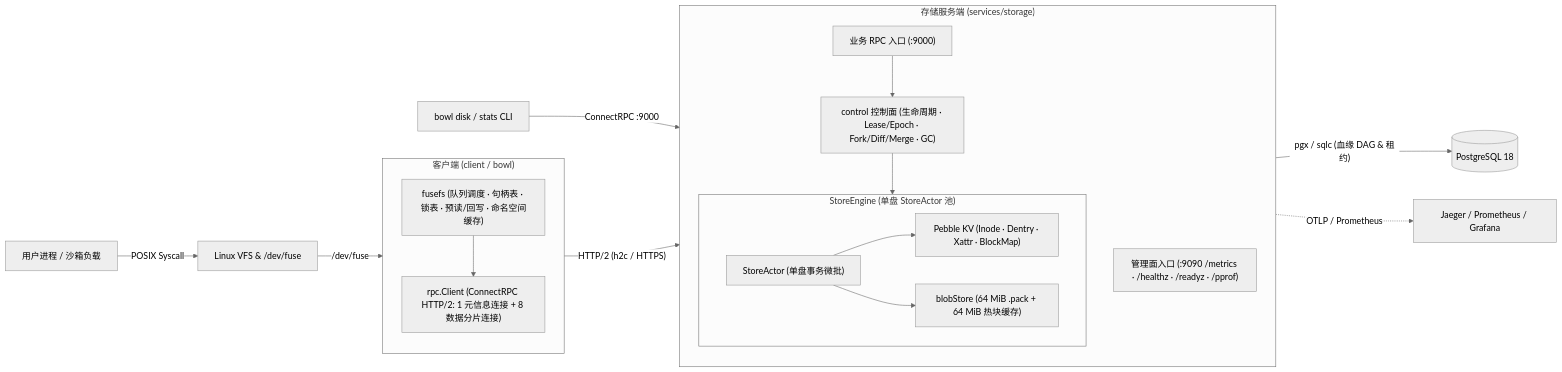
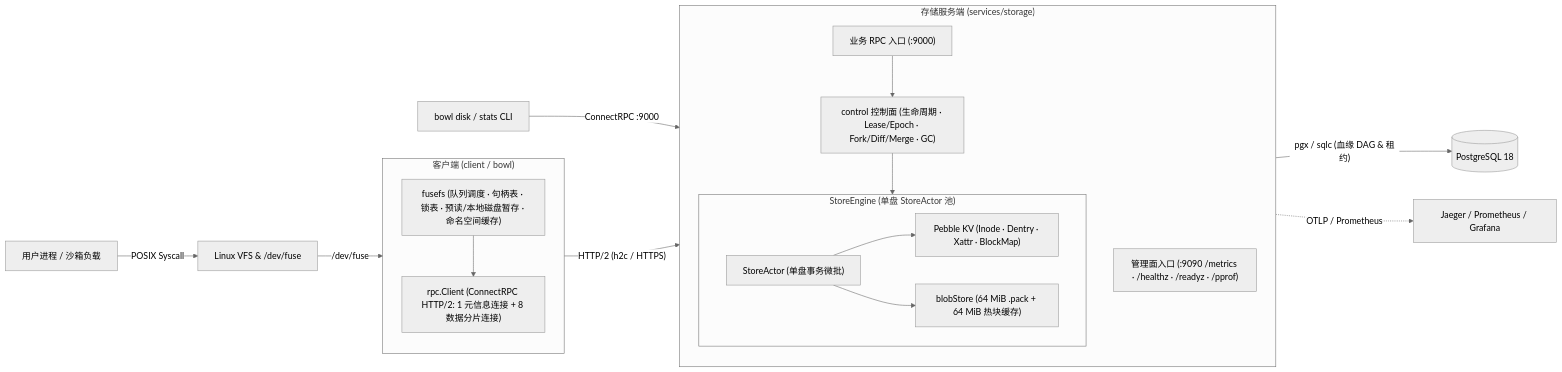
One commit to starsrc/Bowl changed the diagram in README.md. Above: the diagram before and after it, drawn with Mermaid (neutral theme). The commit also changed other lines of this file and 43 other files, not shown here.

````diff
--- a/README.md
+++ b/README.md
@@ -53,36 +53,36 @@
 ```mermaid
 flowchart LR
     App["用户进程 / 沙箱负载"] -->|"POSIX Syscall"| KernelFUSE["Linux VFS & /dev/fuse"]
 
     subgraph Client["客户端 (client / bowl)"]
         direction TB
-        FuseFS["fusefs (队列调度 · 句柄表 · 锁表 · 预读/回写 · 命名空间缓存)"]
+        FuseFS["fusefs (队列调度 · 句柄表 · 锁表 · 预读/本地磁盘暂存 · 命名空间缓存)"]
         RPCClient["rpc.Client (ConnectRPC HTTP/2: 1 元信息连接 + 8 数据分片连接)"]
         FuseFS --> RPCClient
     end
 
     KernelFUSE -->|"/dev/fuse"| FuseFS
     CLI["bowl disk / stats CLI"] -->|"ConnectRPC :9000"| ServerRPC
 
     subgraph Storage["存储服务端 (services/storage)"]
         direction TB
         ServerRPC["业务 RPC 入口 (:9000)"]
         ServerAdmin["管理面入口 (:9090 /metrics · /healthz · /readyz · /pprof)"]
         Control["control 控制面 (生命周期 · Lease/Epoch · Fork/Diff/Merge · GC)"]
 
         subgraph Engine["StoreEngine (单盘 StoreActor 池)"]
             Actor["StoreActor (单盘事务微批)"]
             Pebble["Pebble KV (Inode · Dentry · Xattr · BlockMap)"]
             Pack["blobStore (64 MiB .pack + 64 MiB 热块缓存)"]
             Actor --> Pebble
             Actor --> Pack
         end
 
         ServerRPC --> Control
         Control --> Engine
     end
 
     RPCClient -->|"HTTP/2 (h2c / HTTPS)"| ServerRPC
     Control -->|"pgx / sqlc (血缘 DAG & 租约)"| PG[("PostgreSQL 18")]
     Storage -.->|"OTLP / Prometheus"| Obs["Jaeger / Prometheus / Grafana"]
 ```
````
